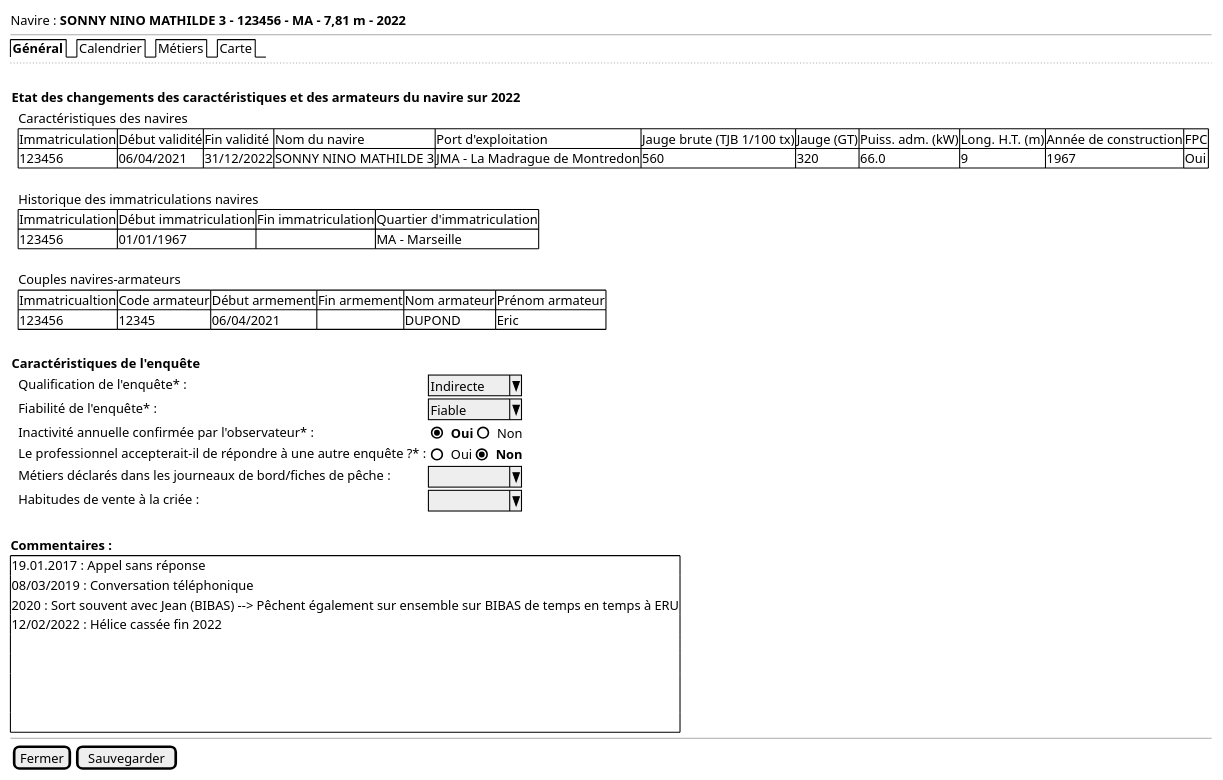
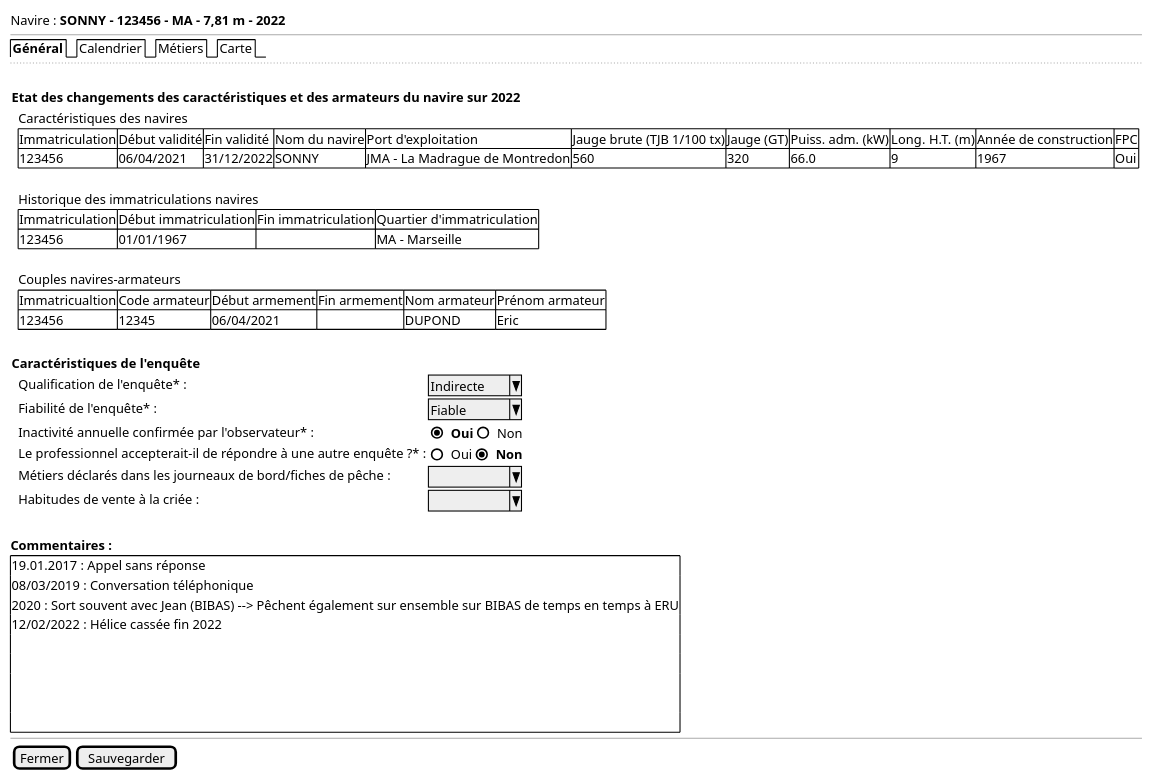
The diagram in projects/activity-calendar/spe/images/activity-calendar-new-general.puml (sumaris-net/sumaris-doc), drawn with PlantUML before and after one commit. The commit also changed 15 other files, not shown here.

```diff
--- a/projects/activity-calendar/spe/images/activity-calendar-new-general.puml
+++ b/projects/activity-calendar/spe/images/activity-calendar-new-general.puml
@@ -1,55 +1,55 @@
 @startsalt
 {
-  Navire : <b>SONNY NINO MATHILDE 3 - 123456 - MA - 7,81 m - 2022
+  Navire : <b>SONNY - 123456 - MA - 7,81 m - 2022
   --
   {/ <b>Général | Calendrier | Métiers | Carte}
   ..
   .
   {
   <b>Etat des changements des caractéristiques et des armateurs du navire sur 2022
     {
     . | Caractéristiques des navires
     . | {# Immatriculation | Début validité | Fin validité | Nom du navire | Port d'exploitation | Jauge brute (TJB 1/100 tx) | Jauge (GT) | Puiss. adm. (kW) | Long. H.T. (m) | Année de construction | FPC
-       123456 | 06/04/2021 | 31/12/2022 | SONNY NINO MATHILDE 3 | JMA - La Madrague de Montredon | 560 | 320 | 66.0 | 9 | 1967 | Oui}
+       123456 | 06/04/2021 | 31/12/2022 | SONNY | JMA - La Madrague de Montredon | 560 | 320 | 66.0 | 9 | 1967 | Oui}
     .
 
     . | Historique des immatriculations navires
     . | {# Immatriculation | Début immatriculation | Fin immatriculation | Quartier d'immatriculation
        123456 | 01/01/1967 | . | MA - Marseille}
     .
 
     . | Couples navires-armateurs
     . | {# Immatricualtion | Code armateur | Début armement | Fin armement | Nom armateur | Prénom armateur
        123456 | 12345 | 06/04/2021 | . | DUPOND | Eric}
     }
   }
   .
 
   {
   <b>Caractéristiques de l'enquête
      {
      . | Qualification de l'enquête* : | ^Indirecte^
      . | Fiabilité de l'enquête* : | ^Fiable   ^
      . | Inactivité annuelle confirmée par l'observateur* : | { (X) <b>Oui | () Non }
      . | Le professionnel accepterait-il de répondre à une autre enquête ?* : | { () Oui | (X) <b>Non }
      . | Métiers déclarés dans les journeaux de bord/fiches de pêche : | ^         ^
      . | Habitudes de vente à la criée : | ^         ^
      }
   }
   .
   <b>Commentaires :
        {+ 19.01.2017 : Appel sans réponse
           08/03/2019 : Conversation téléphonique
           2020 : Sort souvent avec Jean (BIBAS) --> Pêchent également sur ensemble sur BIBAS de temps en temps à ERU
           12/02/2022 : Hélice cassée fin 2022
           .
           .
           .
           .
           .
        }
 
   --
   { [Fermer] | [Sauvegarder] }
 }
 @endsalt
```
